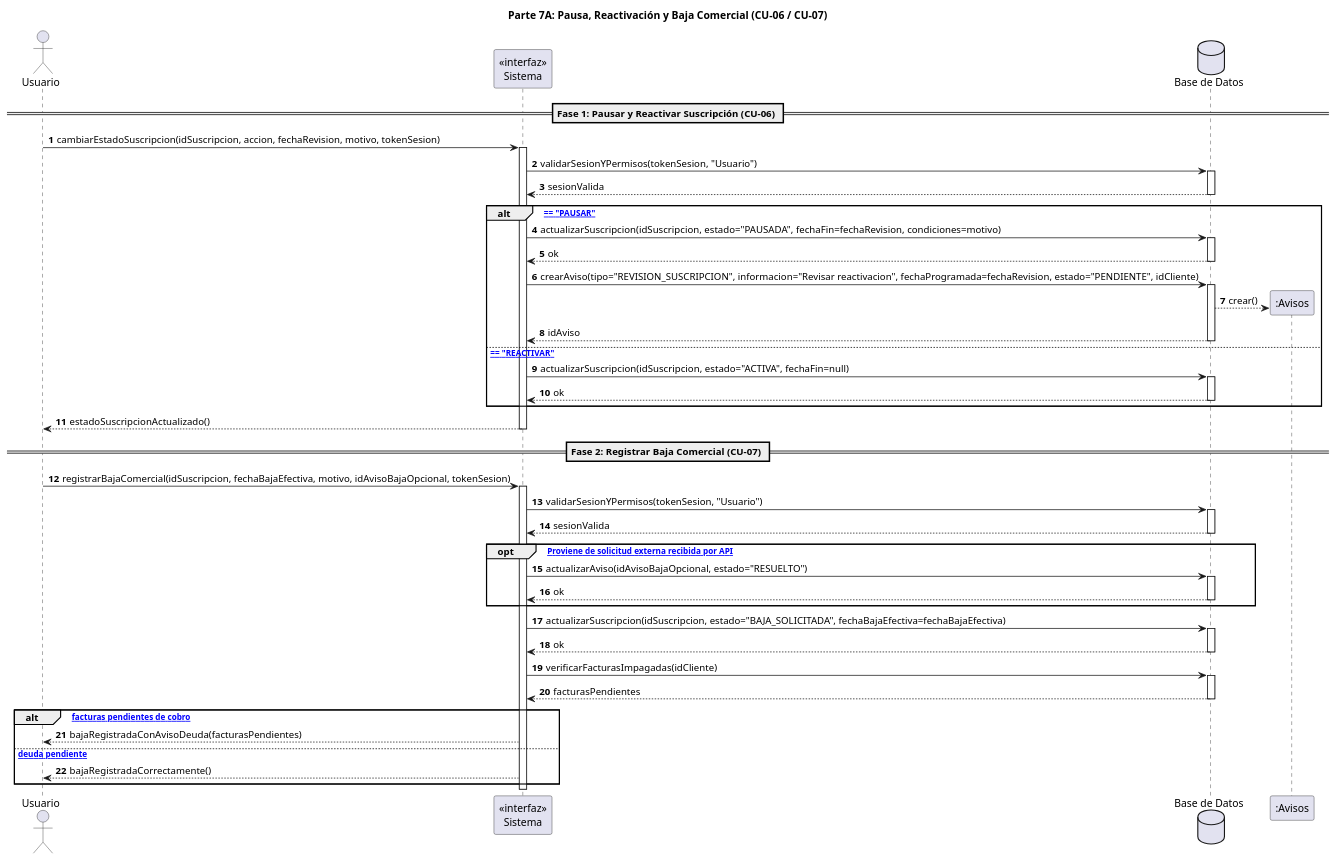
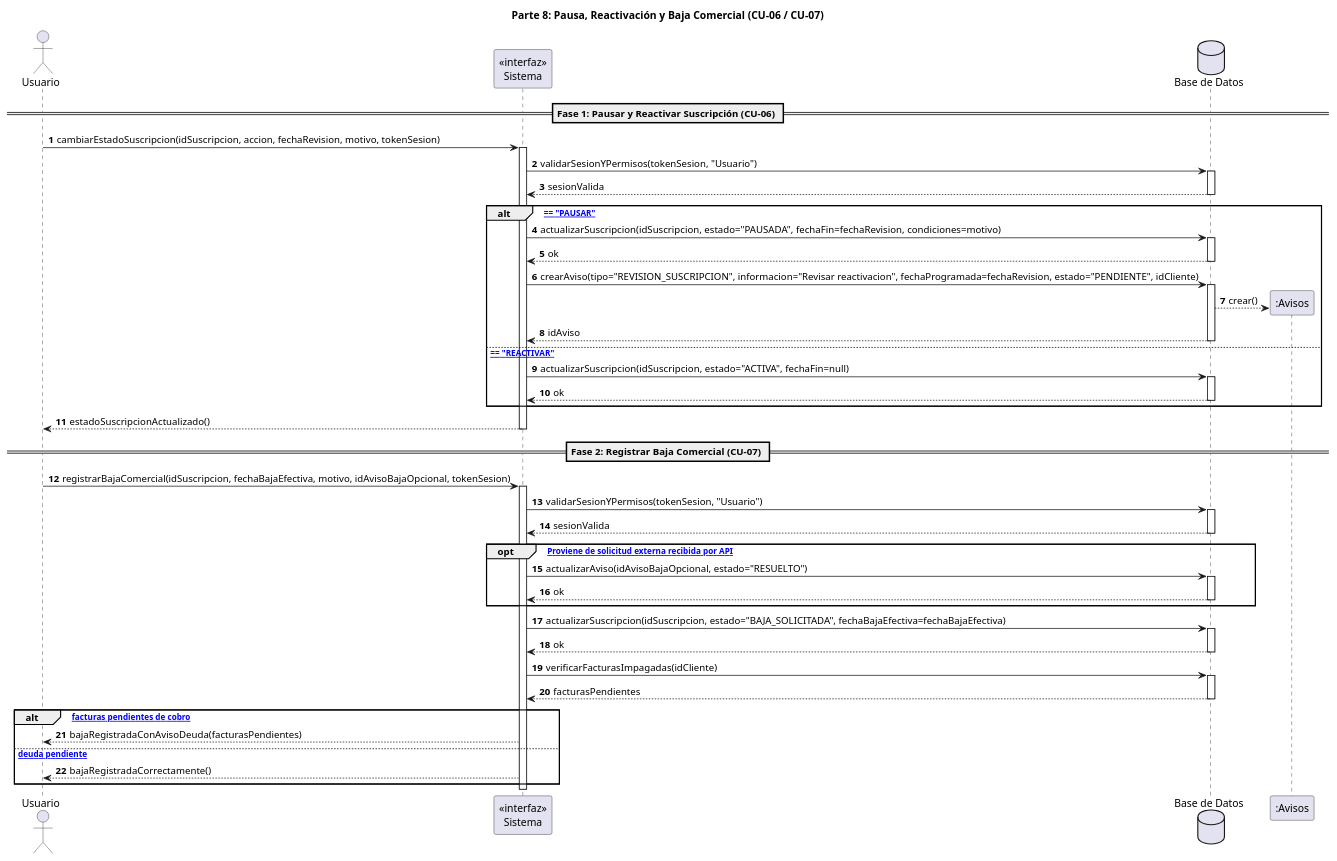
The eighth of 13 diagrams in Parcial 2/DiagramaSecuenciaUML/diagramas_de_secuencia_Codigo.md (Ragavez/TurbineHuclides), drawn with PlantUML before and after one commit. The commit also changed other lines of this file, not shown here.

Commit message:
Corrección código parte 6

````diff
--- a/Parcial 2/DiagramaSecuenciaUML/diagramas_de_secuencia_Codigo.md
+++ b/Parcial 2/DiagramaSecuenciaUML/diagramas_de_secuencia_Codigo.md
@@ -621,75 +621,75 @@
 ```plantuml
 @startuml
 autonumber
-title Parte 7A: Pausa, Reactivación y Baja Comercial (CU-06 / CU-07)
+title Parte 8: Pausa, Reactivación y Baja Comercial (CU-06 / CU-07)
 
 actor "Usuario" as Operativo
 participant "«interfaz»\nSistema" as Sistema
 database "Base de Datos" as BD
 
 == Fase 1: Pausar y Reactivar Suscripción (CU-06) ==
 
 Operativo -> Sistema : cambiarEstadoSuscripcion(idSuscripcion, accion, fechaRevision, motivo, tokenSesion)
 activate Sistema
 
 Sistema -> BD : validarSesionYPermisos(tokenSesion, "Usuario")
 activate BD
 BD --> Sistema : sesionValida
 deactivate BD
 
 alt [accion == "PAUSAR"]
     Sistema -> BD : actualizarSuscripcion(idSuscripcion, estado="PAUSADA", fechaFin=fechaRevision, condiciones=motivo)
     activate BD
     BD --> Sistema : ok
     deactivate BD
     Sistema -> BD : crearAviso(tipo="REVISION_SUSCRIPCION", informacion="Revisar reactivacion", fechaProgramada=fechaRevision, estado="PENDIENTE", idCliente)
     activate BD
     create participant ":Avisos" as AvisoPausa
     BD --> AvisoPausa : crear()
     BD --> Sistema : idAviso
     deactivate BD
 else [accion == "REACTIVAR"]
     Sistema -> BD : actualizarSuscripcion(idSuscripcion, estado="ACTIVA", fechaFin=null)
     activate BD
     BD --> Sistema : ok
     deactivate BD
 end
 
 Sistema --> Operativo : estadoSuscripcionActualizado()
 deactivate Sistema
 
 == Fase 2: Registrar Baja Comercial (CU-07) ==
 
 Operativo -> Sistema : registrarBajaComercial(idSuscripcion, fechaBajaEfectiva, motivo, idAvisoBajaOpcional, tokenSesion)
 activate Sistema
 
 Sistema -> BD : validarSesionYPermisos(tokenSesion, "Usuario")
 activate BD
 BD --> Sistema : sesionValida
 deactivate BD
 
 opt [<<extend>> Proviene de solicitud externa recibida por API]
     Sistema -> BD : actualizarAviso(idAvisoBajaOpcional, estado="RESUELTO")
     activate BD
     BD --> Sistema : ok
     deactivate BD
 end
 
 Sistema -> BD : actualizarSuscripcion(idSuscripcion, estado="BAJA_SOLICITADA", fechaBajaEfectiva=fechaBajaEfectiva)
 activate BD
 BD --> Sistema : ok
 deactivate BD
 
 Sistema -> BD : verificarFacturasImpagadas(idCliente)
 activate BD
 BD --> Sistema : facturasPendientes
 deactivate BD
 
 alt [Existen facturas pendientes de cobro]
     Sistema --> Operativo : bajaRegistradaConAvisoDeuda(facturasPendientes)
 else [Sin deuda pendiente]
     Sistema --> Operativo : bajaRegistradaCorrectamente()
 end
 deactivate Sistema
 @enduml
 ```
````
